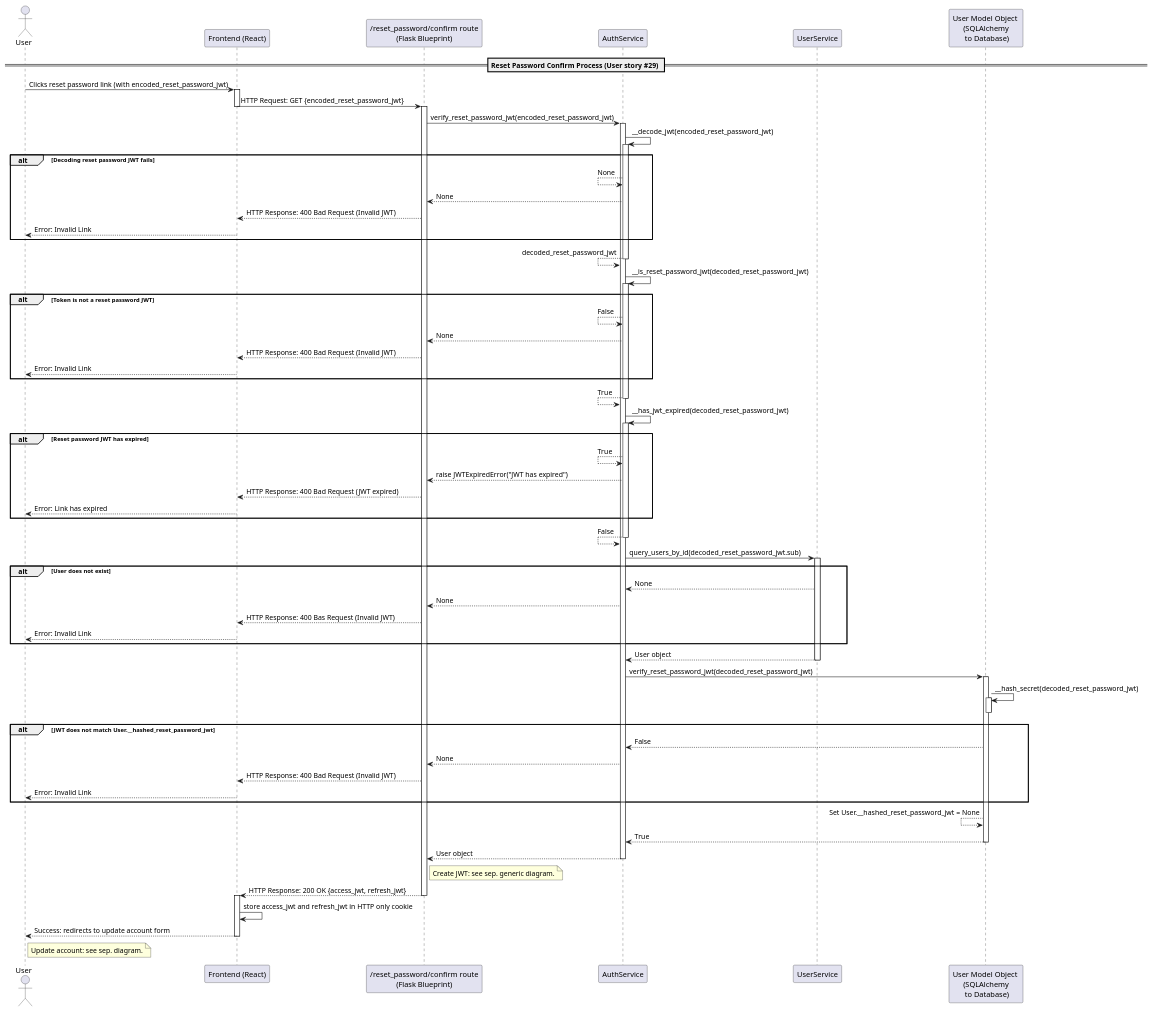
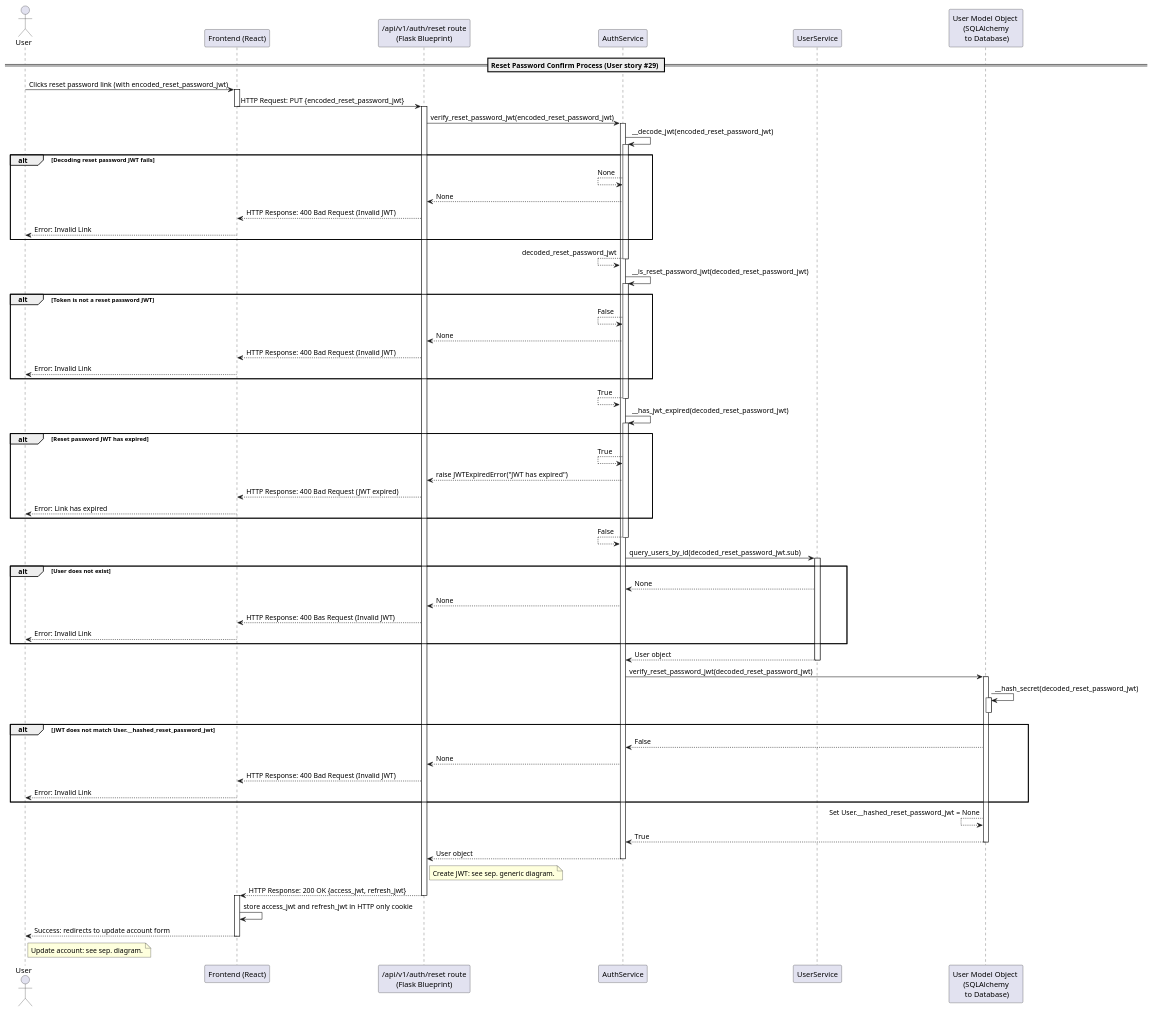
The diagram in docs/src/diagrams/uml/sequence/account_management/reset_password_confirm.puml (dominikoetiker/TheMentalLoadHub), drawn with PlantUML before and after one commit. The commit also changed 26 other files, not shown here.

Commit message:
Update README and UML diagrams to reflect a more RESTful API naming

```diff
--- a/docs/src/diagrams/uml/sequence/account_management/reset_password_confirm.puml
+++ b/docs/src/diagrams/uml/sequence/account_management/reset_password_confirm.puml
@@ -1,81 +1,81 @@
 @startuml ResetPasswordConfirmSequence
 actor "User" as User
 participant "Frontend (React)" as FE
-participant "/reset_password/confirm route\n(Flask Blueprint)" as RCR
+participant "/api/v1/auth/reset route\n(Flask Blueprint)" as ARsR
 participant "AuthService" as AS
 participant "UserService" as US
 participant "User Model Object \n(SQLAlchemy\n to Database)" as UM
 
 == Reset Password Confirm Process (User story #29) ==
 User -> FE : Clicks reset password link (with encoded_reset_password_jwt)
 activate FE
-FE -> RCR : HTTP Request: GET {encoded_reset_password_jwt}
+FE -> ARsR : HTTP Request: PUT {encoded_reset_password_jwt}
 deactivate FE
-activate RCR
-RCR -> AS : verify_reset_password_jwt(encoded_reset_password_jwt)
+activate ARsR
+ARsR -> AS : verify_reset_password_jwt(encoded_reset_password_jwt)
 activate AS
 AS -> AS : __decode_jwt(encoded_reset_password_jwt)
 activate AS
 alt Decoding reset password JWT fails
     AS <-- AS : None
-    RCR <-- AS : None
-    FE <-- RCR : HTTP Response: 400 Bad Request (Invalid JWT)
+    ARsR <-- AS : None
+    FE <-- ARsR : HTTP Response: 400 Bad Request (Invalid JWT)
     User <-- FE : Error: Invalid Link
 end
 AS <-- AS : decoded_reset_password_jwt
 deactivate AS
 AS -> AS : __is_reset_password_jwt(decoded_reset_password_jwt)
 activate AS
 alt Token is not a reset password JWT
     AS <-- AS : False
-    RCR <-- AS : None
-    FE <-- RCR : HTTP Response: 400 Bad Request (Invalid JWT)
+    ARsR <-- AS : None
+    FE <-- ARsR : HTTP Response: 400 Bad Request (Invalid JWT)
     User <-- FE : Error: Invalid Link
 end
 AS <-- AS : True
 deactivate AS
 AS -> AS : __has_jwt_expired(decoded_reset_password_jwt)
 activate AS
 alt Reset password JWT has expired
     AS <-- AS : True
-    RCR <-- AS : raise JWTExpiredError("JWT has expired")
-    FE <-- RCR : HTTP Response: 400 Bad Request (JWT expired)
+    ARsR <-- AS : raise JWTExpiredError("JWT has expired")
+    FE <-- ARsR : HTTP Response: 400 Bad Request (JWT expired)
     User <-- FE : Error: Link has expired
 end
 AS <-- AS : False
 deactivate AS
 AS -> US : query_users_by_id(decoded_reset_password_jwt.sub)
 activate US
 alt User does not exist
     AS <-- US : None
-    RCR <-- AS : None
-    FE <-- RCR : HTTP Response: 400 Bas Request (Invalid JWT)
+    ARsR <-- AS : None
+    FE <-- ARsR : HTTP Response: 400 Bas Request (Invalid JWT)
     User <-- FE : Error: Invalid Link
 end
 AS <-- US : User object
 deactivate US
 AS -> UM : verify_reset_password_jwt(decoded_reset_password_jwt)
 activate UM
 UM -> UM : __hash_secret(decoded_reset_password_jwt)
 activate UM
 deactivate UM
 alt JWT does not match User.__hashed_reset_password_jwt
     AS <-- UM : False
-    RCR <-- AS : None
-    FE <-- RCR : HTTP Response: 400 Bad Request (Invalid JWT)
+    ARsR <-- AS : None
+    FE <-- ARsR : HTTP Response: 400 Bad Request (Invalid JWT)
     User <-- FE : Error: Invalid Link
 end
 UM <-- UM : Set User.__hashed_reset_password_jwt = None
 AS <-- UM : True
 deactivate UM
-RCR <-- AS : User object
+ARsR <-- AS : User object
 deactivate AS
-note right of RCR : Create JWT: see sep. generic diagram.
-FE <-- RCR : HTTP Response: 200 OK {access_jwt, refresh_jwt}
-deactivate RCR
+note right of ARsR : Create JWT: see sep. generic diagram.
+FE <-- ARsR : HTTP Response: 200 OK {access_jwt, refresh_jwt}
+deactivate ARsR
 activate FE
 FE -> FE : store access_jwt and refresh_jwt in HTTP only cookie
 User <-- FE : Success: redirects to update account form
 note right of User : Update account: see sep. diagram.
 deactivate FE
 @enduml
```
